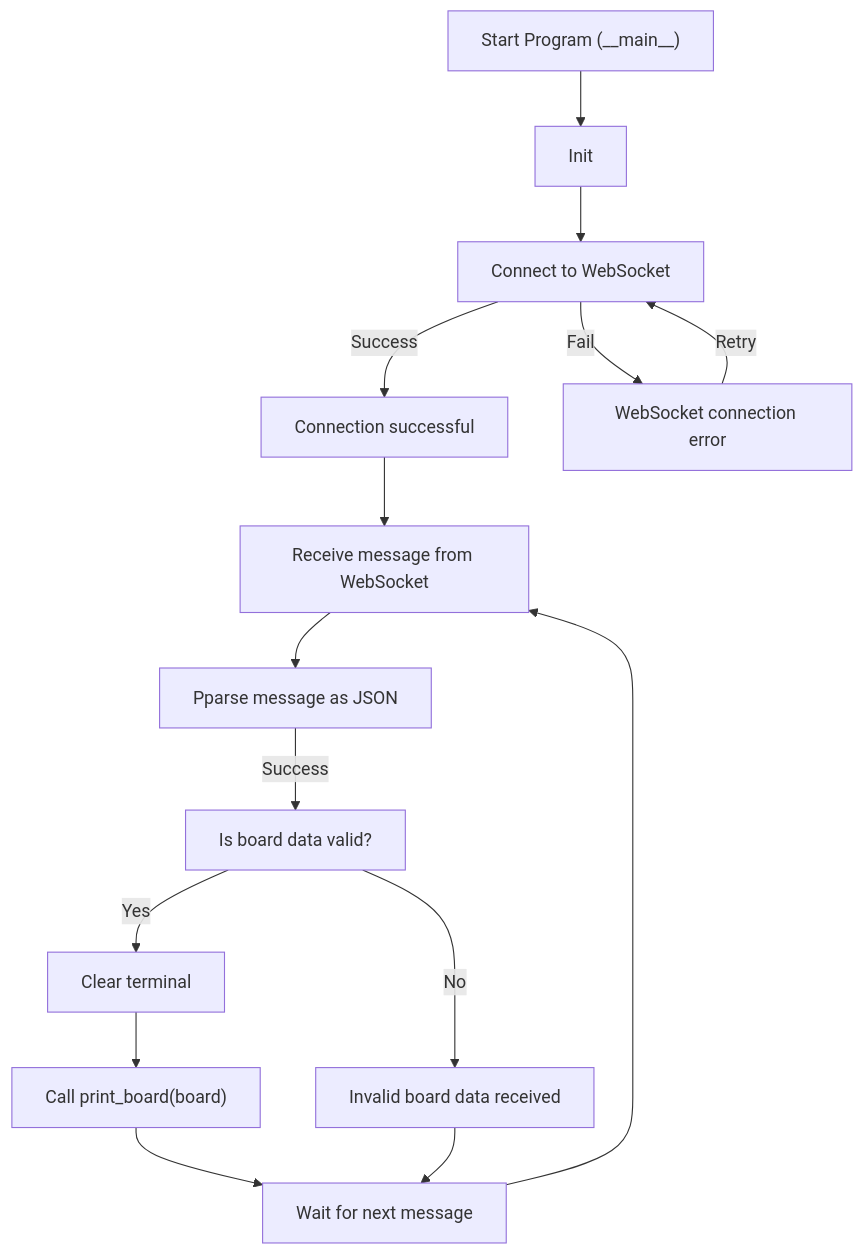
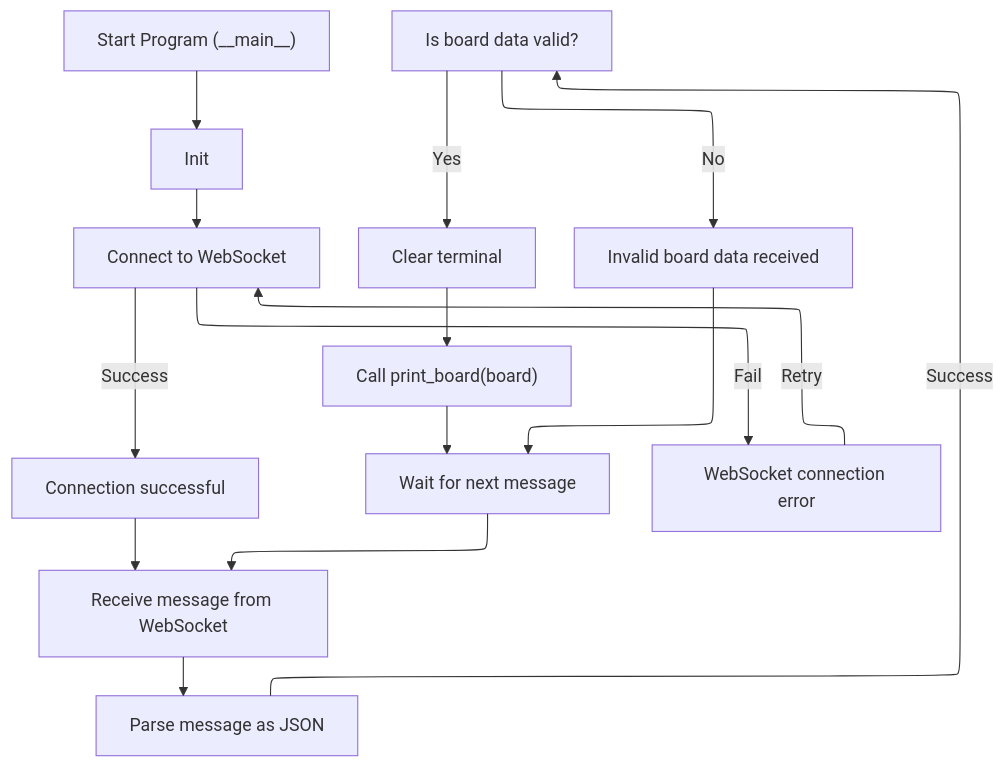
Before and after one commit to ninjamar/lvgai-scrabble: the diagram in diagrams/ui.mmd, drawn with Mermaid. The commit also changed 11 other files, not shown here.

```diff
--- a/diagrams/ui.mmd
+++ b/diagrams/ui.mmd
@@ -1,23 +1,19 @@
+---
+config:
+  layout: elk
+---
 flowchart TD
-    Start["Start Program (__main__)"]
-    Connect["Connect to WebSocket"]
-    Success["Connection successful"]
-    Receive["Receive message from WebSocket"]
-    ParseJSON["Pparse message as JSON"]
-    ValidBoard["Is board data valid?"]
-    Clear["Clear terminal"]
-    PrintBoard["Call print_board(board)"]
-    Invalid["Invalid board data received"]
-    Continue["Wait for next message"]
-    Error["WebSocket connection error"]
-
-    Start --> Init --> Connect
-    Connect -->|Success| Success
-    Success --> Receive
-    Receive --> ParseJSON
-    ParseJSON -->|Success| ValidBoard
-    ValidBoard -->|Yes| Clear --> PrintBoard --> Continue
-    ValidBoard -->|No| Invalid --> Continue
+    Start["Start Program (__main__)"] --> Init["Init"]
+    Init --> Connect["Connect to WebSocket"]
+    Connect -- Success --> Success["Connection successful"]
+    Success --> Receive["Receive message from WebSocket"]
+    Receive --> ParseJSON["Parse message as JSON"]
+    ParseJSON -- Success --> ValidBoard["Is board data valid?"]
+    ValidBoard -- Yes --> Clear["Clear terminal"]
+    Clear --> PrintBoard["Call print_board(board)"]
+    PrintBoard --> Continue["Wait for next message"]
+    ValidBoard -- No --> Invalid["Invalid board data received"]
+    Invalid --> Continue
     Continue --> Receive
-    Connect -->|Fail| Error
-    Error -->|Retry| Connect
+    Connect -- Fail --> Error["WebSocket connection error"]
+    Error -- Retry --> Connect
```
